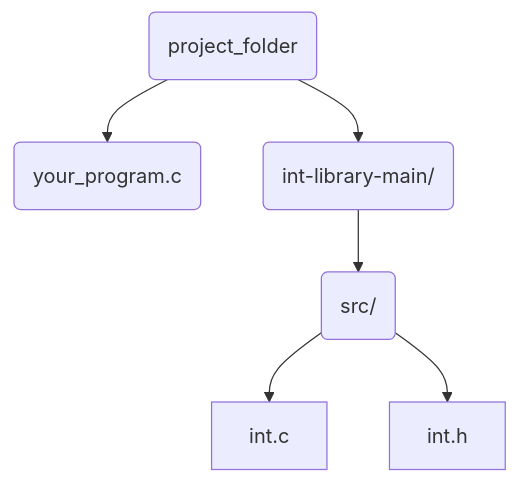
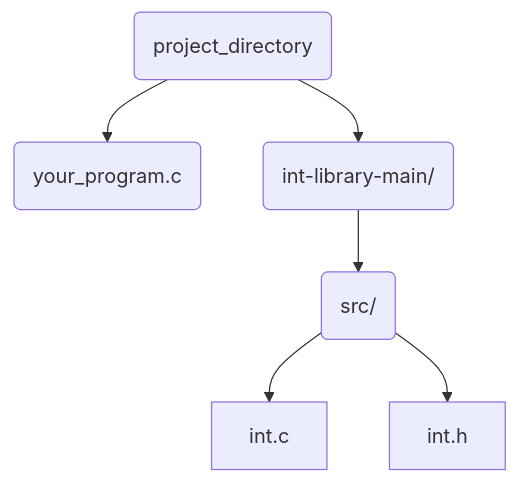
One commit to jhidalg/int-library changed the diagram in README.md. Above: the diagram before and after it, drawn with Mermaid. The commit also changed other lines of this file, not shown here.

````diff
--- a/README.md
+++ b/README.md
@@ -37,8 +54,8 @@
 ```mermaid ruby
 graph TD;
-    A(project_folder)-->B(your_program.c);
+    A(project_directory)-->B(your_program.c);
     A-->C(int-library-main/);
     C-->D(src/);
     D-->int.c;
     D-->int.h;
 ```
````
